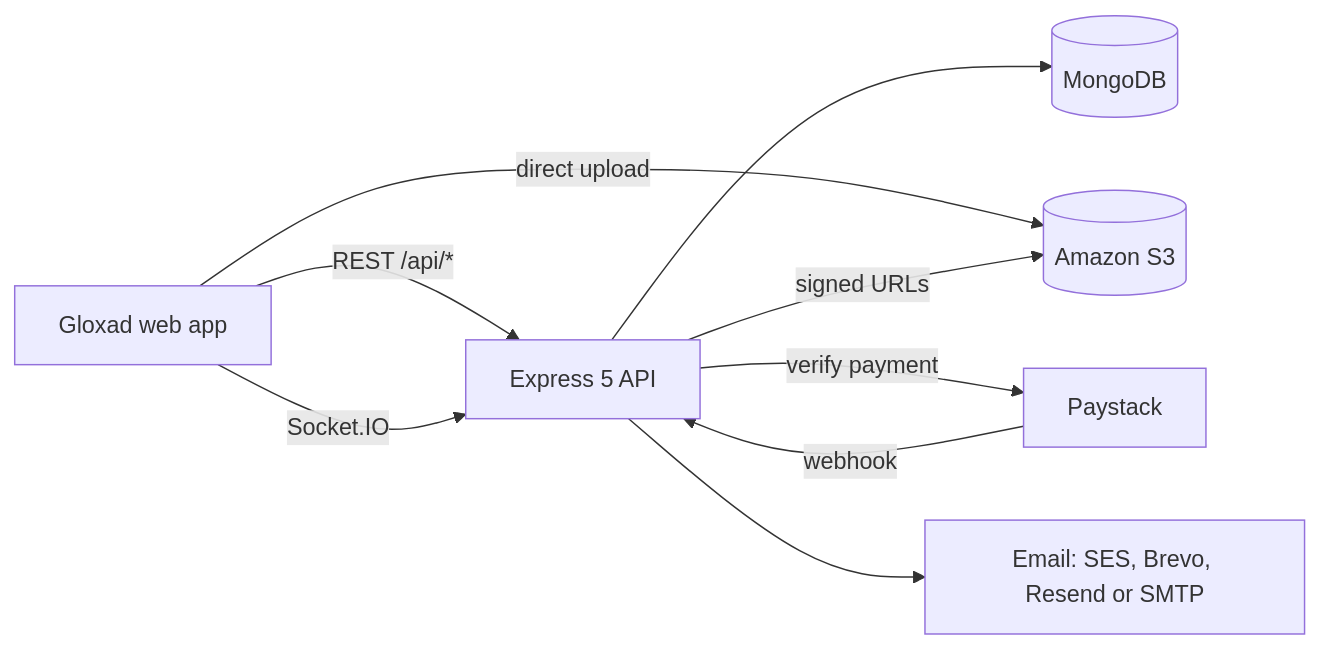
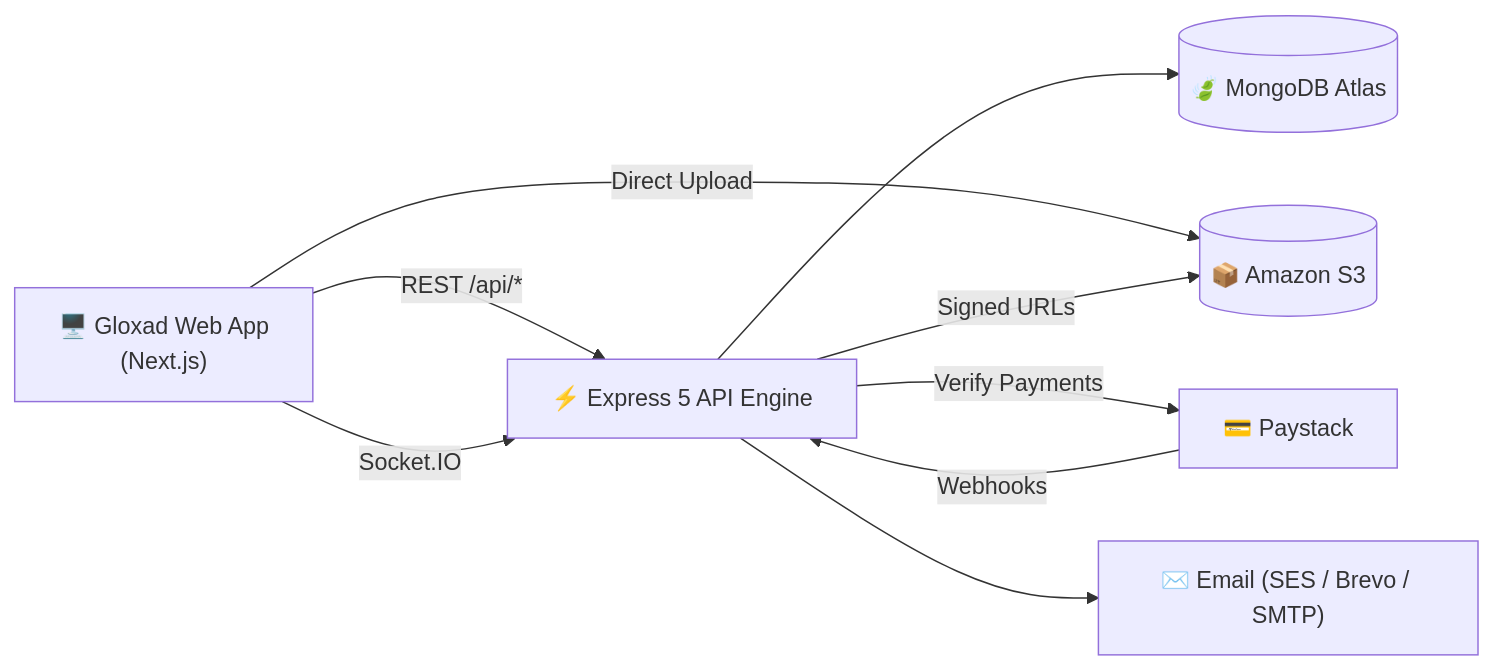
The diagram in README.md (Gloxad-Academyteam/Gloxadbackend), drawn with Mermaid before and after one commit. The commit also changed other lines of this file, not shown here.

````diff
--- a/README.md
+++ b/README.md
@@ -89,11 +82,11 @@
 ```mermaid
 flowchart LR
-    Web["Gloxad web app"] -->|"REST /api/*"| API["Express 5 API"]
-    Web -->|"Socket.IO"| API
-    Web -->|"direct upload"| S3[("Amazon S3")]
-    API --> Mongo[("MongoDB")]
-    API -->|"signed URLs"| S3
-    API -->|"verify payment"| Paystack["Paystack"]
-    Paystack -->|"webhook"| API
-    API --> Email["Email: SES, Brevo, Resend or SMTP"]
+    Web["🖥️ Gloxad Web App\n(Next.js)"] -- "REST /api/*" --> API["⚡ Express 5 API Engine"]
+    Web -- "Socket.IO" --> API
+    Web -- "Direct Upload" --> S3[("📦 Amazon S3")]
+    API --> Mongo[("🍃 MongoDB Atlas")]
+    API -- "Signed URLs" --> S3
+    API -- "Verify Payments" --> Paystack["💳 Paystack"]
+    Paystack -- "Webhooks" --> API
+    API --> Email["✉️ Email (SES / Brevo / SMTP)"]
 ```
````
